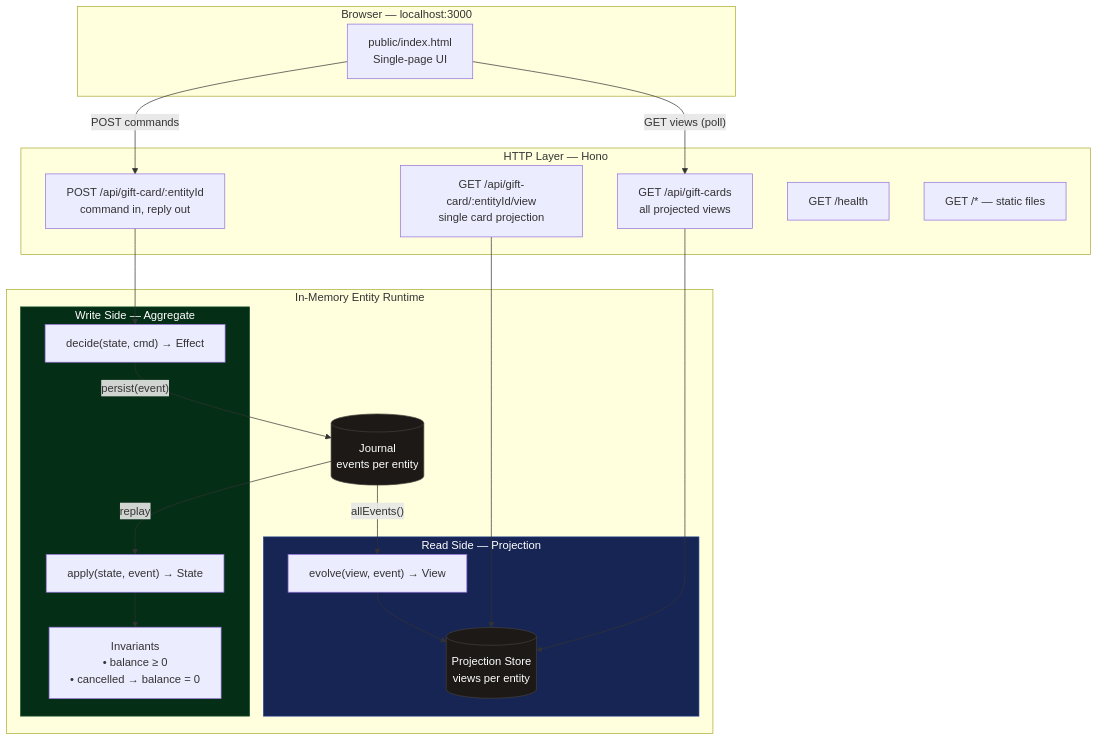
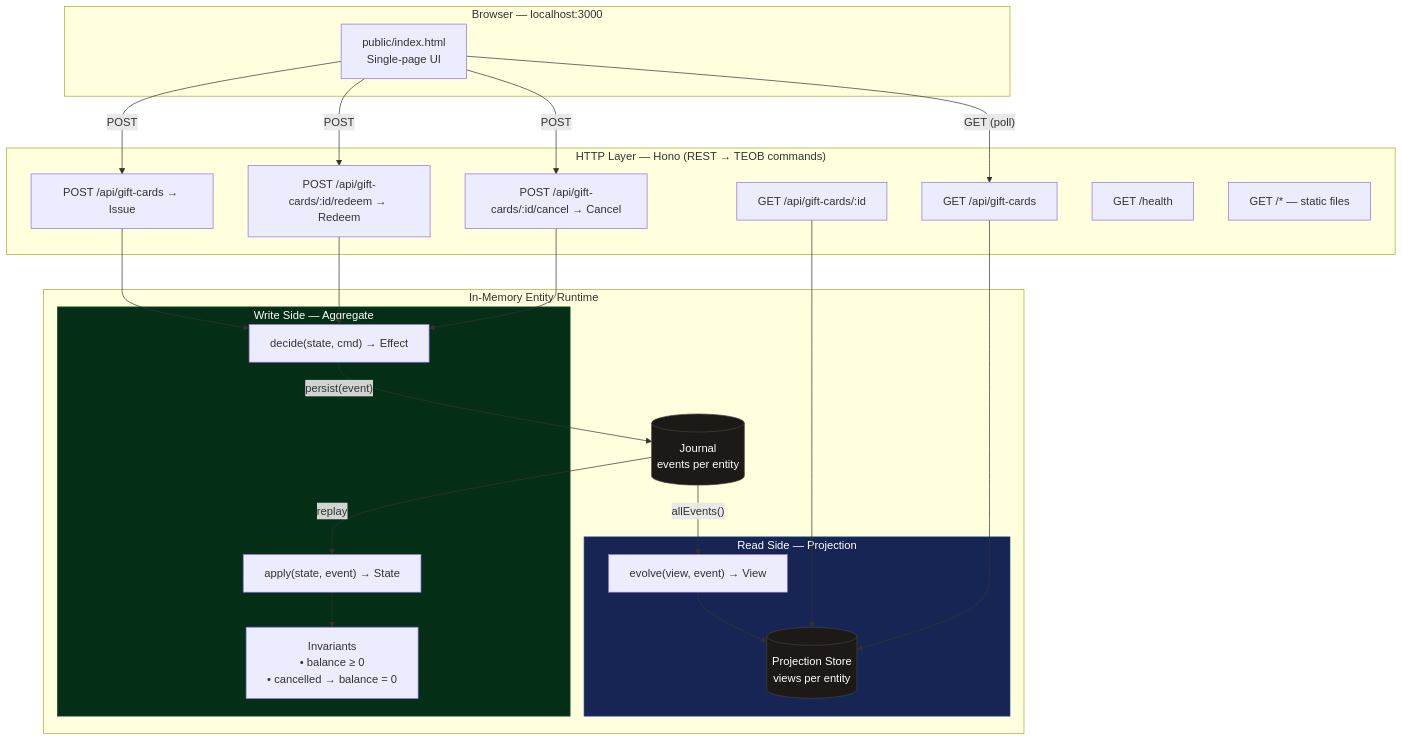
Before and after one commit to lambda-house/teob-ts-workshop-gift-card: the first of 4 diagrams in ARCHITECTURE.md, drawn with Mermaid. The commit also changed other lines of this file and 9 other files, not shown here.

First line of the commit message:
REST API, Event Storming slides, effectful event loop, mock ctx.sync

````diff
--- a/ARCHITECTURE.md
+++ b/ARCHITECTURE.md
@@ -9,43 +9,49 @@
 ```mermaid
 graph TB
     subgraph Browser["Browser — localhost:3000"]
         UI["public/index.html<br/>Single-page UI"]
     end
 
-    subgraph HTTP["HTTP Layer — Hono"]
-        W["POST /api/gift-card/:entityId<br/>command in, reply out"]
-        R1["GET /api/gift-card/:entityId/view<br/>single card projection"]
-        R2["GET /api/gift-cards<br/>all projected views"]
+    subgraph HTTP["HTTP Layer — Hono (REST → TEOB commands)"]
+        W1["POST /api/gift-cards → Issue"]
+        W2["POST /api/gift-cards/:id/redeem → Redeem"]
+        W3["POST /api/gift-cards/:id/cancel → Cancel"]
+        R1["GET /api/gift-cards/:id"]
+        R2["GET /api/gift-cards"]
         H["GET /health"]
         S["GET /* — static files"]
     end
 
     subgraph Runtime["In-Memory Entity Runtime"]
         subgraph Write["Write Side — Aggregate"]
             D["decide(state, cmd) → Effect"]
             A["apply(state, event) → State"]
             I["Invariants<br/>• balance ≥ 0<br/>• cancelled → balance = 0"]
         end
         J[(Journal<br/>events per entity)]
         subgraph Read["Read Side — Projection"]
             E["evolve(view, event) → View"]
             PS[(Projection Store<br/>views per entity)]
         end
     end
 
-    UI -- "POST commands" --> W
-    UI -- "GET views (poll)" --> R2
-    W --> D
+    UI -- "POST" --> W1
+    UI -- "POST" --> W2
+    UI -- "POST" --> W3
+    UI -- "GET (poll)" --> R2
+    W1 --> D
+    W2 --> D
+    W3 --> D
     D -- "persist(event)" --> J
     J -- "replay" --> A
     A --> I
     J -- "allEvents()" --> E
     E --> PS
     R1 --> PS
     R2 --> PS
 
     style Write fill:#052e16,stroke:#14532d,color:#fff
     style Read fill:#172554,stroke:#1e3a8a,color:#fff
     style J fill:#1c1917,stroke:#44403c,color:#fff
     style PS fill:#1c1917,stroke:#44403c,color:#fff
 ```
````
